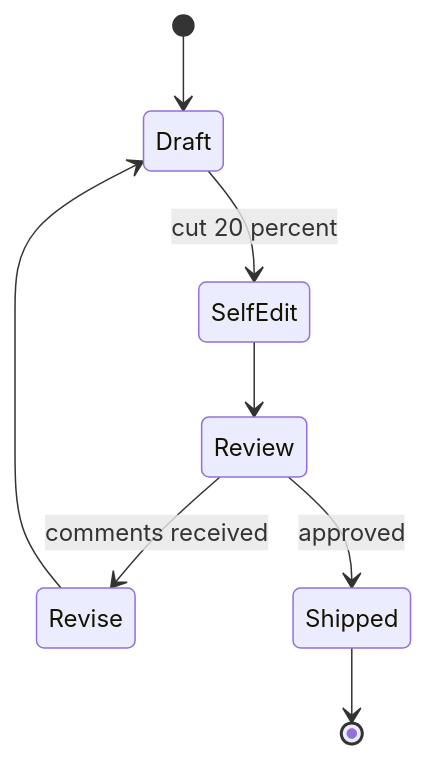
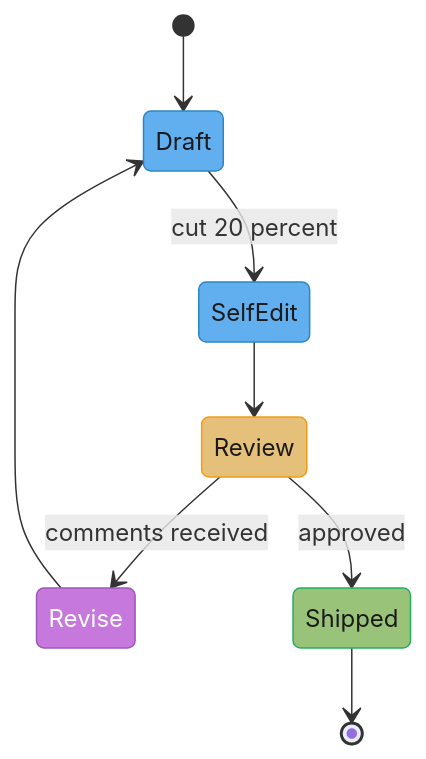
The third of 4 diagrams in src/main/java/com/rutik/systemdesign/soft_skills/technical_writing_for_engineers/technical_writing_for_engineers.md (rppol/system-design), drawn with Mermaid before and after one commit. The commit also changed other lines of this file and 655 other files, not shown here.

````diff
--- a/src/main/java/com/rutik/systemdesign/soft_skills/technical_writing_for_engineers/technical_writing_for_engineers.md
+++ b/src/main/java/com/rutik/systemdesign/soft_skills/technical_writing_for_engineers/technical_writing_for_engineers.md
@@ -167,10 +167,19 @@
 ```mermaid
 stateDiagram-v2
     [*] --> Draft
     Draft --> SelfEdit: cut 20 percent
     SelfEdit --> Review
     Review --> Revise: comments received
     Revise --> Draft
     Review --> Shipped: approved
     Shipped --> [*]
+
+    classDef info   fill:#61afef,stroke:#2e86c1,color:#1a1a1a
+    classDef warn   fill:#e5c07b,stroke:#f39c12,color:#1a1a1a
+    classDef accent fill:#c678dd,stroke:#9b59b6,color:#fff
+    classDef good   fill:#98c379,stroke:#27ae60,color:#1a1a1a
+    class Draft,SelfEdit info
+    class Review warn
+    class Revise accent
+    class Shipped good
 ```
````
